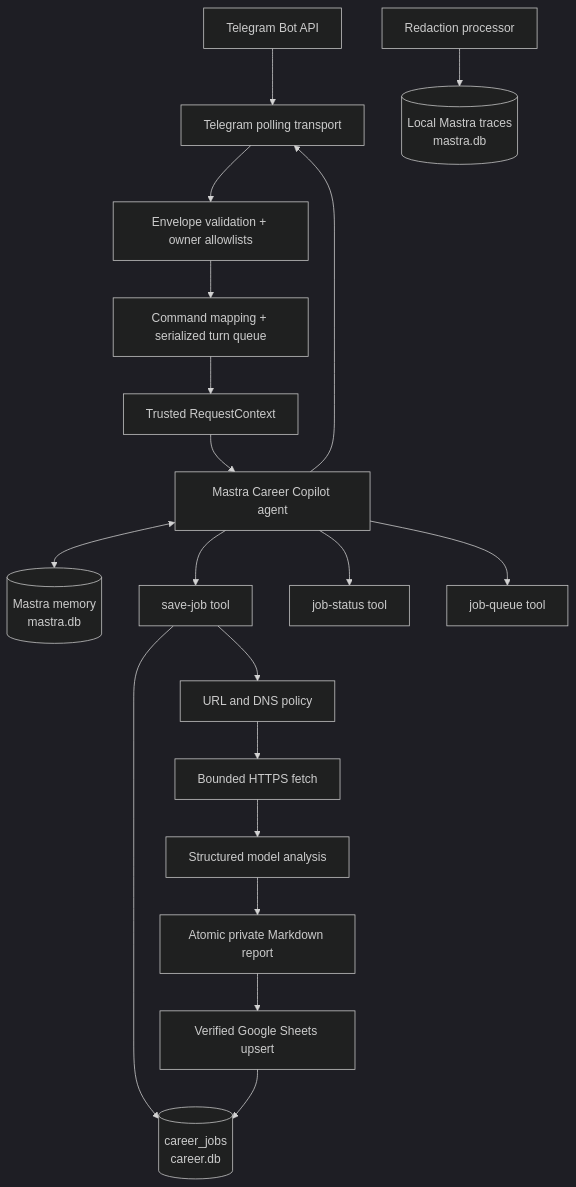
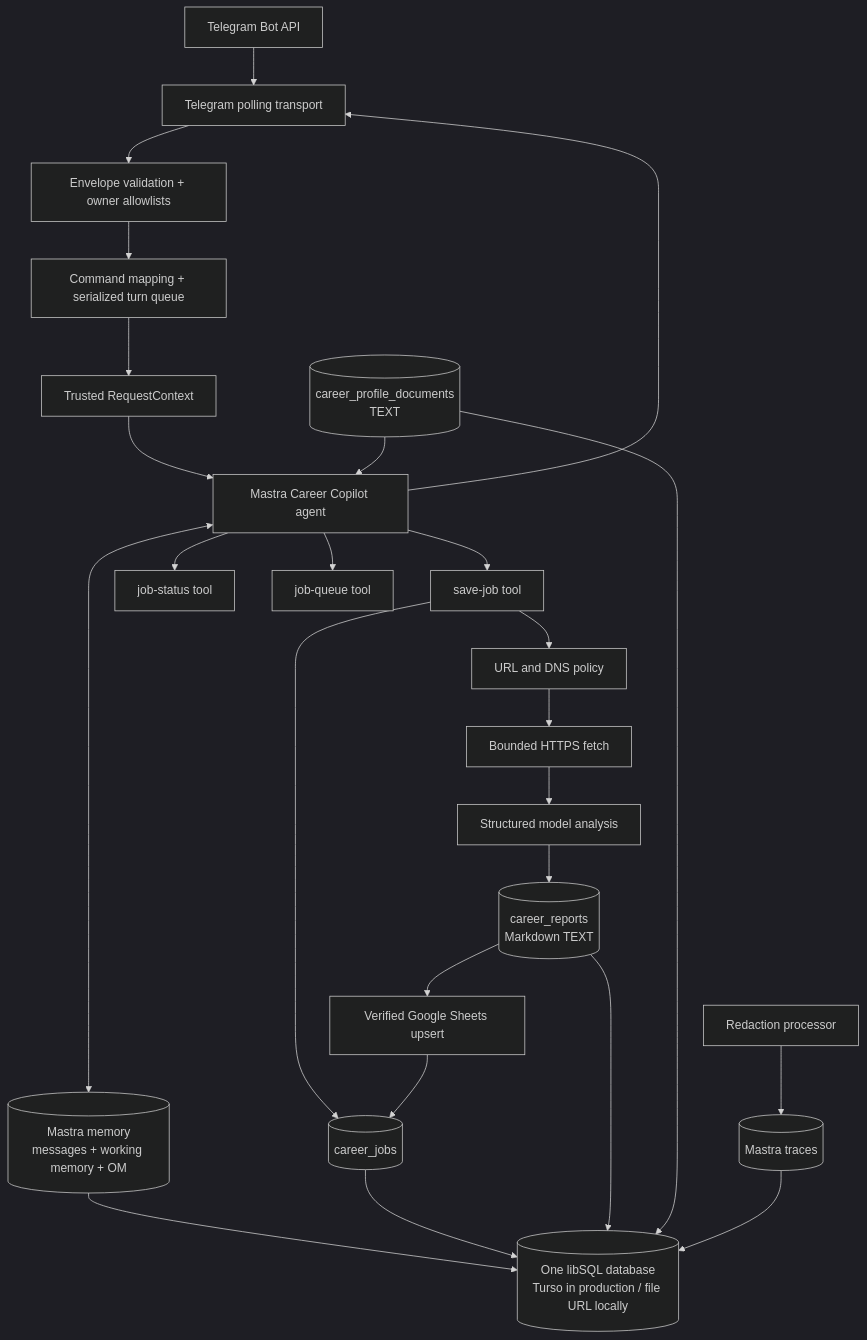
One commit to KripaMishra/career-copilot changed the diagram in README.md. Above: the diagram before and after it, drawn with Mermaid (dark theme). The commit also changed other lines of this file and 12 other files, not shown here.

````diff
--- a/README.md
+++ b/README.md
@@ -47,24 +48,34 @@
 ```mermaid
 flowchart TD
     TG[Telegram Bot API] --> TP[Telegram polling transport]
     TP --> AUTH[Envelope validation + owner allowlists]
     AUTH --> MAP[Command mapping + serialized turn queue]
     MAP --> CTX[Trusted RequestContext]
     CTX --> AGENT[Mastra Career Copilot agent]
 
-    AGENT <--> MEM[(Mastra memory\nmastra.db)]
+    AGENT <--> MEM[(Mastra memory
+messages + working memory + OM)]
     AGENT --> SAVE[save-job tool]
     AGENT --> STATUS[job-status tool]
     AGENT --> QUEUE[job-queue tool]
 
-    SAVE --> JOBS[(career_jobs\ncareer.db)]
+    SAVE --> JOBS[(career_jobs)]
     SAVE --> URL[URL and DNS policy]
     URL --> FETCH[Bounded HTTPS fetch]
     FETCH --> ANALYZE[Structured model analysis]
-    ANALYZE --> REPORT[Atomic private Markdown report]
+    ANALYZE --> REPORT[(career_reports
+Markdown TEXT)]
     REPORT --> SHEETS[Verified Google Sheets upsert]
     SHEETS --> JOBS
 
+    PROFILE[(career_profile_documents
+TEXT)] --> AGENT
+    OBS[Redaction processor] --> TRACES[(Mastra traces)]
+    MEM --> DB[(One libSQL database
+Turso in production / file URL locally)]
+    JOBS --> DB
+    REPORT --> DB
+    PROFILE --> DB
+    TRACES --> DB
     AGENT --> TP
-    OBS[Redaction processor] --> TRACES[(Local Mastra traces\nmastra.db)]
 ```
````
